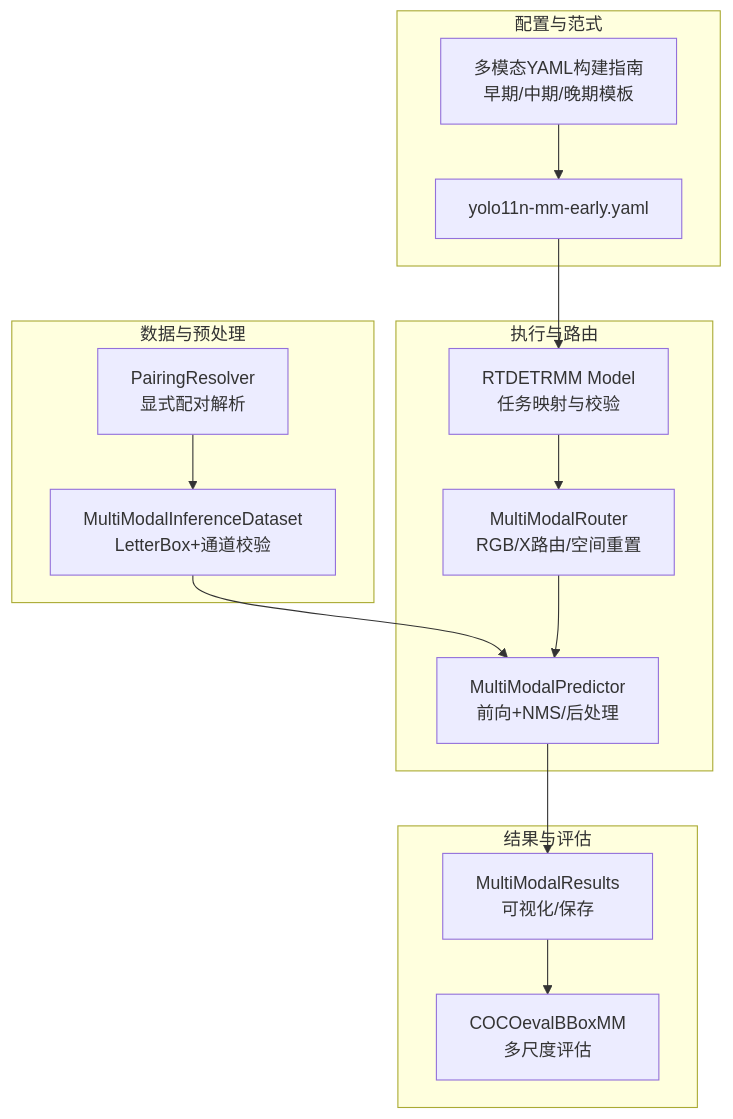
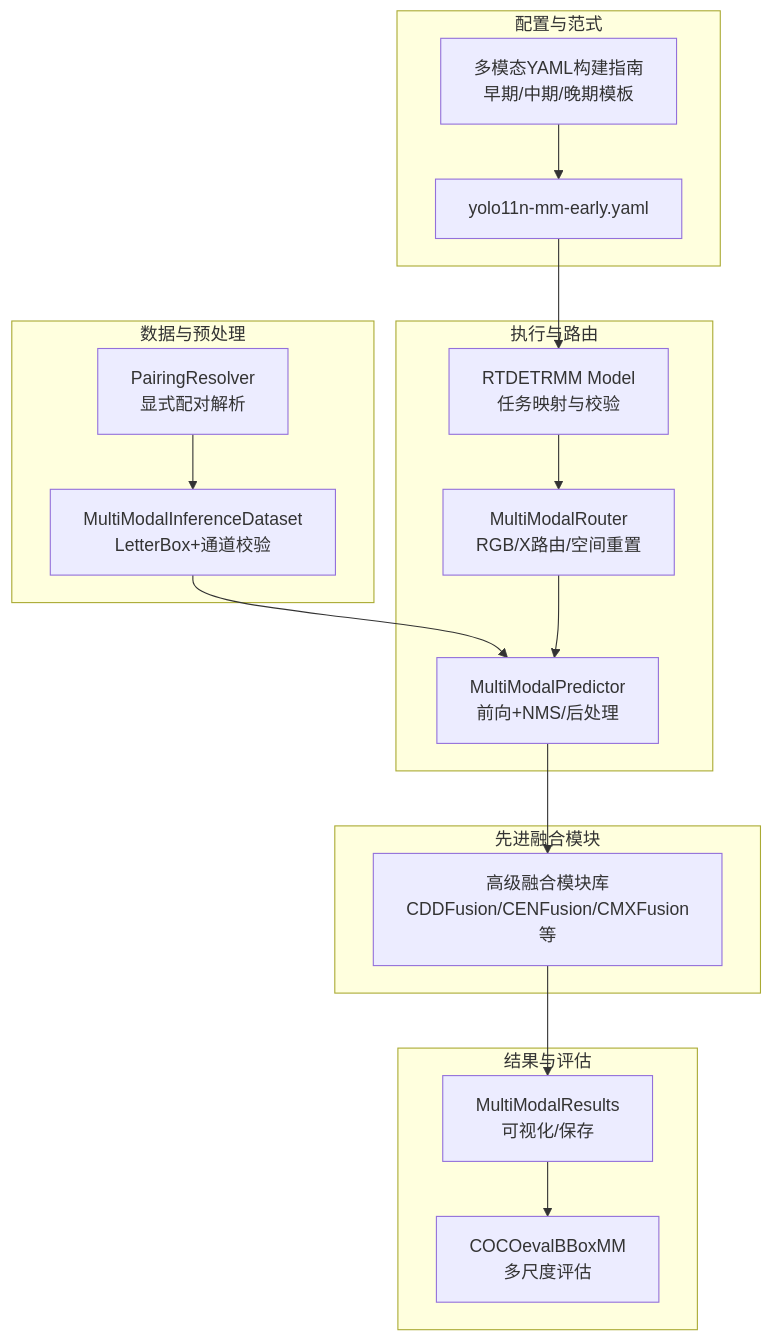
One commit to 2208754827/MM-IMPROVE changed the first of 7 diagrams in .qoder/repowiki/zh/content/核心概念与理论基础/多模态融合理论基础.md. Above: the diagram before and after it, drawn with Mermaid. The commit also changed other lines of this file and 151 other files, not shown here.

````diff
--- a/.qoder/repowiki/zh/content/核心概念与理论基础/多模态融合理论基础.md
+++ b/.qoder/repowiki/zh/content/核心概念与理论基础/多模态融合理论基础.md
@@ -38,28 +60,32 @@
 ```mermaid
 graph TB
 subgraph "配置与范式"
 CFG["多模态YAML构建指南<br/>早期/中期/晚期模板"]
 YAML["yolo11n-mm-early.yaml"]
 end
 subgraph "数据与预处理"
 PR["PairingResolver<br/>显式配对解析"]
 DS["MultiModalInferenceDataset<br/>LetterBox+通道校验"]
 end
 subgraph "执行与路由"
 RT["MultiModalRouter<br/>RGB/X路由/空间重置"]
 PD["MultiModalPredictor<br/>前向+NMS/后处理"]
 MD["RTDETRMM Model<br/>任务映射与校验"]
 end
 subgraph "结果与评估"
 RS["MultiModalResults<br/>可视化/保存"]
 CE["COCOevalBBoxMM<br/>多尺度评估"]
 end
+subgraph "先进融合模块"
+AFM["高级融合模块库<br/>CDDFusion/CENFusion/CMXFusion等"]
+end
 CFG --> YAML
 YAML --> MD
 PR --> DS
 DS --> PD
 MD --> RT
 RT --> PD
-PD --> RS
+PD --> AFM
+AFM --> RS
 RS --> CE
 ```
````
